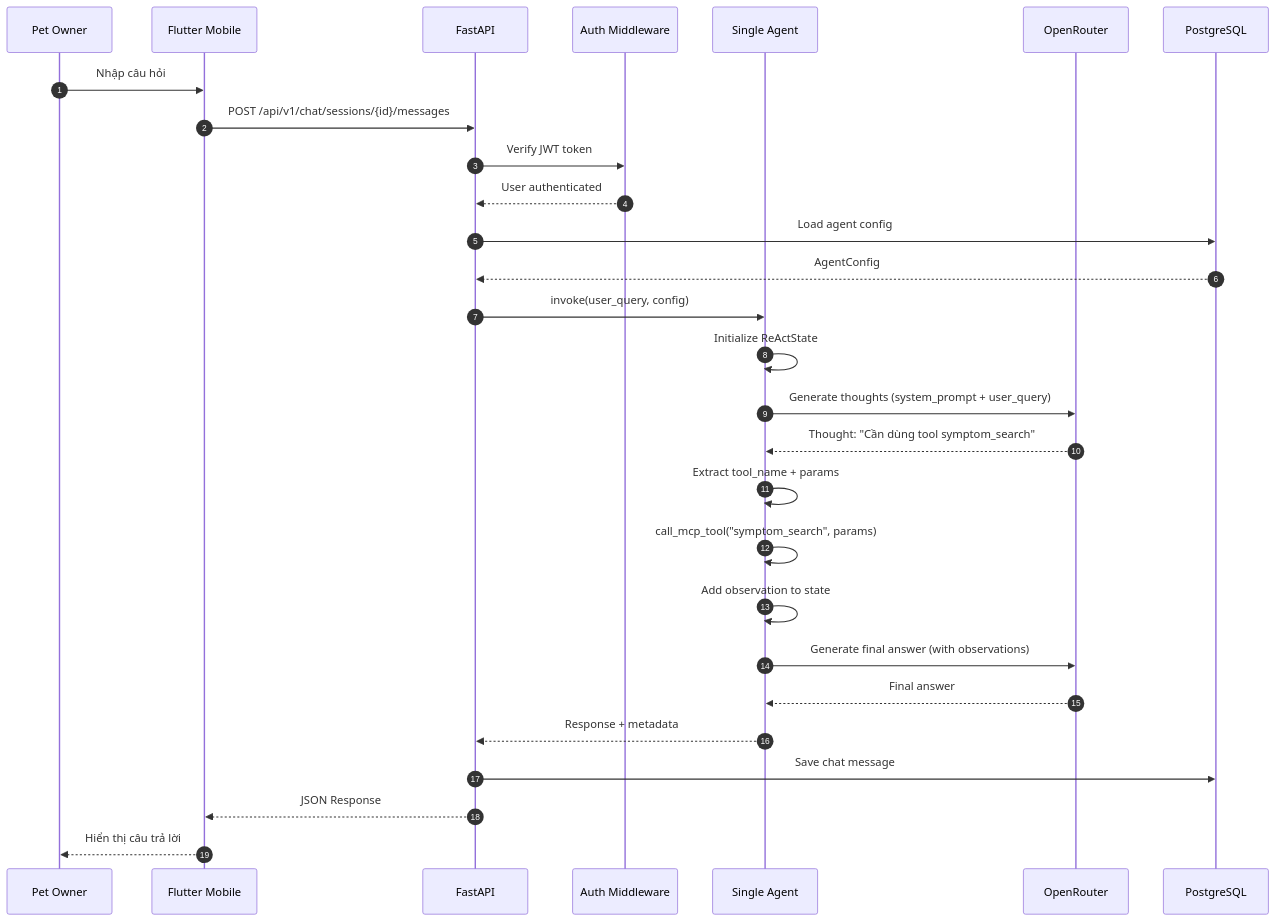
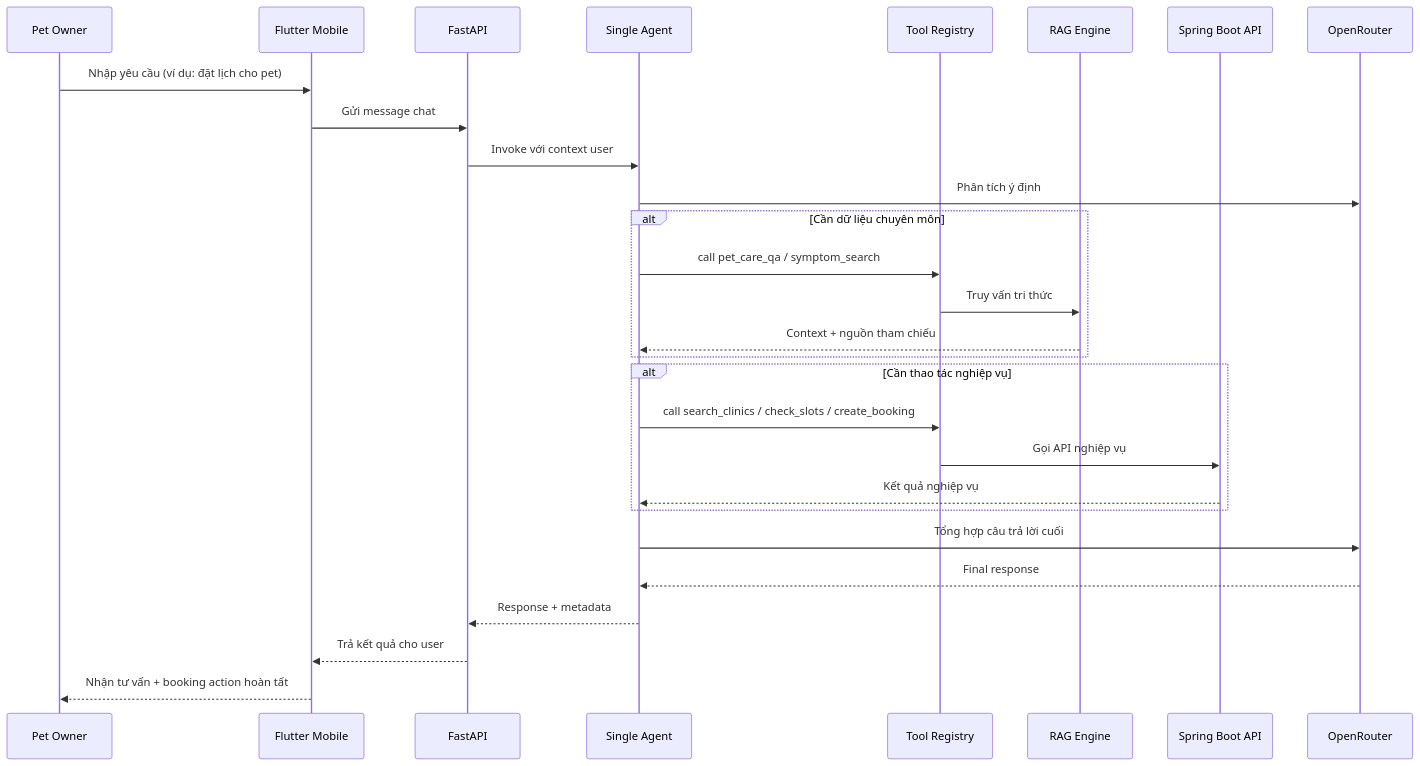
The third of 5 diagrams in docs-references/documentation/EVALUATION_ANSWERS_AND_SLIDES.md (espresso23/Petties-Veterinary-Appointment-Booking-Platform), drawn with Mermaid before and after one commit. The commit also changed other lines of this file and 21 other files, not shown here.

````diff
--- a/docs-references/documentation/EVALUATION_ANSWERS_AND_SLIDES.md
+++ b/docs-references/documentation/EVALUATION_ANSWERS_AND_SLIDES.md
@@ -221,37 +230,30 @@
 ```mermaid
 sequenceDiagram
-    autonumber
     participant User as Pet Owner
     participant Mobile as Flutter Mobile
     participant API as FastAPI
-    participant Auth as Auth Middleware
     participant Agent as Single Agent
+    participant Tools as Tool Registry
+    participant RAG as RAG Engine
+    participant Spring as Spring Boot API
     participant LLM as OpenRouter
-    participant DB as PostgreSQL
-
-    User->>Mobile: Nhập câu hỏi
-    Mobile->>API: POST /api/v1/chat/sessions/{id}/messages
-    API->>Auth: Verify JWT token
-    Auth-->>API: User authenticated
-
-    API->>DB: Load agent config
-    DB-->>API: AgentConfig
-
-    API->>Agent: invoke(user_query, config)
-
-    Agent->>Agent: Initialize ReActState
-    Agent->>LLM: Generate thoughts (system_prompt + user_query)
-    LLM-->>Agent: Thought: "Cần dùng tool symptom_search"
-
-    Agent->>Agent: Extract tool_name + params
-    Agent->>Agent: call_mcp_tool("symptom_search", params)
-    Agent->>Agent: Add observation to state
-
-    Agent->>LLM: Generate final answer (with observations)
-    LLM-->>Agent: Final answer
-
+    User->>Mobile: Nhập yêu cầu (ví dụ: đặt lịch cho pet)
+    Mobile->>API: Gửi message chat
+    API->>Agent: Invoke với context user
+    Agent->>LLM: Phân tích ý định
+    alt Cần dữ liệu chuyên môn
+        Agent->>Tools: call pet_care_qa / symptom_search
+        Tools->>RAG: Truy vấn tri thức
+        RAG-->>Agent: Context + nguồn tham chiếu
+    end
+    alt Cần thao tác nghiệp vụ
+        Agent->>Tools: call search_clinics / check_slots / create_booking
+        Tools->>Spring: Gọi API nghiệp vụ
+        Spring-->>Agent: Kết quả nghiệp vụ
+    end
+    Agent->>LLM: Tổng hợp câu trả lời cuối
+    LLM-->>Agent: Final response
     Agent-->>API: Response + metadata
-    API->>DB: Save chat message
-    API-->>Mobile: JSON Response
-    Mobile-->>User: Hiển thị câu trả lời
+    API-->>Mobile: Trả kết quả cho user
+    Mobile-->>User: Nhận tư vấn + booking action hoàn tất
 ```
````
